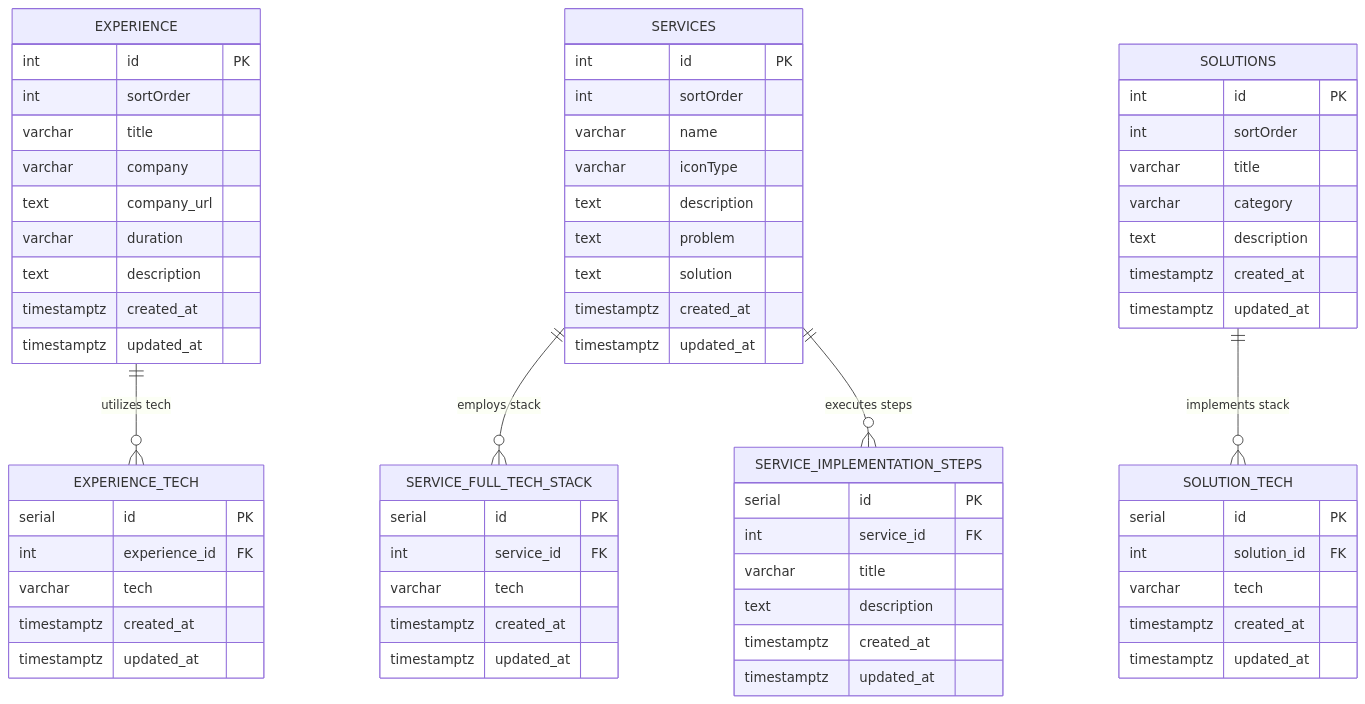
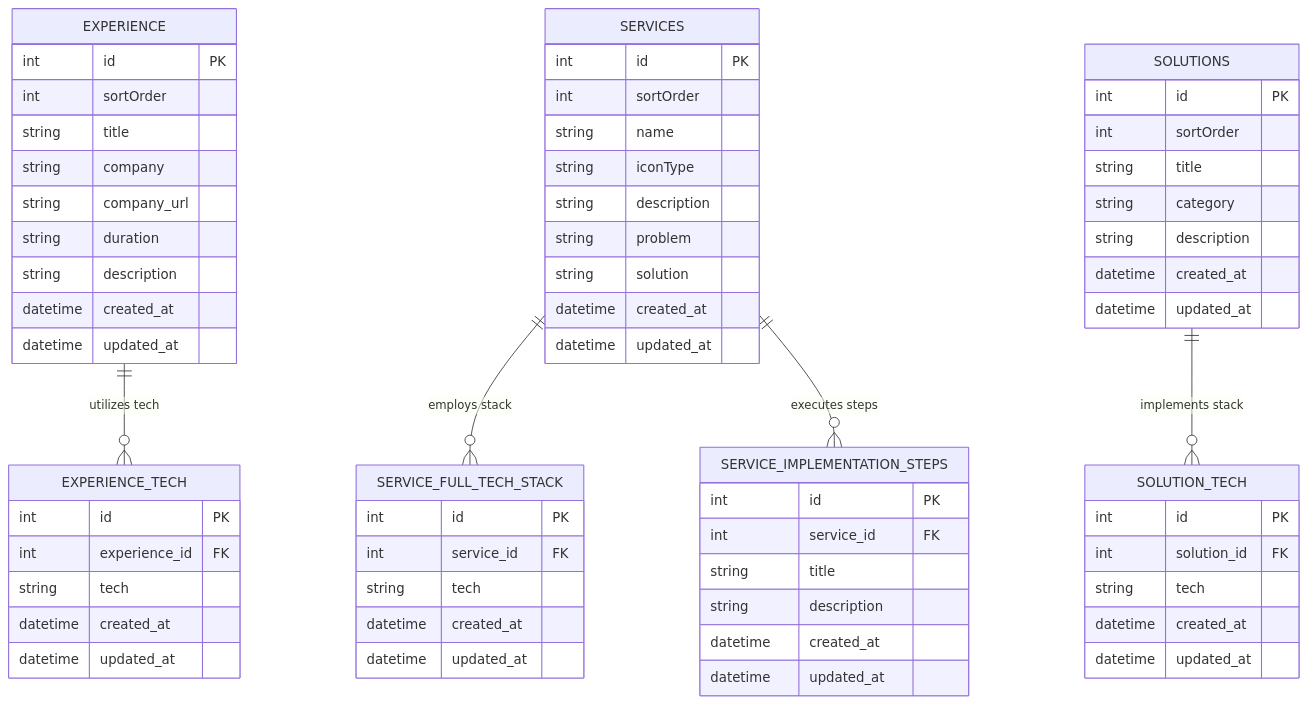
Before and after one commit to Haiderali445/portfolio-website: the seventh of 20 diagrams in README.md, drawn with Mermaid. The commit also changed other lines of this file and 2 other files, not shown here.

````diff
--- a/README.md
+++ b/README.md
@@ -375,74 +375,74 @@
 ```mermaid
 erDiagram
     EXPERIENCE ||--o{ EXPERIENCE_TECH : "utilizes tech"
     SERVICES ||--o{ SERVICE_FULL_TECH_STACK : "employs stack"
     SERVICES ||--o{ SERVICE_IMPLEMENTATION_STEPS : "executes steps"
     SOLUTIONS ||--o{ SOLUTION_TECH : "implements stack"
 
     EXPERIENCE {
         int id PK
         int sortOrder
-        varchar title
-        varchar company
-        text company_url
-        varchar duration
-        text description
-        timestamptz created_at
-        timestamptz updated_at
+        string title
+        string company
+        string company_url
+        string duration
+        string description
+        datetime created_at
+        datetime updated_at
     }
 
     EXPERIENCE_TECH {
-        serial id PK
+        int id PK
         int experience_id FK
-        varchar tech
-        timestamptz created_at
-        timestamptz updated_at
+        string tech
+        datetime created_at
+        datetime updated_at
     }
 
     SERVICES {
         int id PK
         int sortOrder
-        varchar name
-        varchar iconType
-        text description
-        text problem
-        text solution
-        timestamptz created_at
-        timestamptz updated_at
+        string name
+        string iconType
+        string description
+        string problem
+        string solution
+        datetime created_at
+        datetime updated_at
     }
 
     SERVICE_FULL_TECH_STACK {
-        serial id PK
+        int id PK
         int service_id FK
-        varchar tech
-        timestamptz created_at
-        timestamptz updated_at
+        string tech
+        datetime created_at
+        datetime updated_at
     }
 
     SERVICE_IMPLEMENTATION_STEPS {
-        serial id PK
+        int id PK
         int service_id FK
-        varchar title
-        text description
-        timestamptz created_at
-        timestamptz updated_at
+        string title
+        string description
+        datetime created_at
+        datetime updated_at
     }
 
     SOLUTIONS {
         int id PK
         int sortOrder
-        varchar title
-        varchar category
-        text description
-        timestamptz created_at
-        timestamptz updated_at
+        string title
+        string category
+        string description
+        datetime created_at
+        datetime updated_at
     }
 
     SOLUTION_TECH {
-        serial id PK
+        int id PK
         int solution_id FK
-        varchar tech
-        timestamptz created_at
-        timestamptz updated_at
+        string tech
+        datetime created_at
+        datetime updated_at
     }
 ```
````
